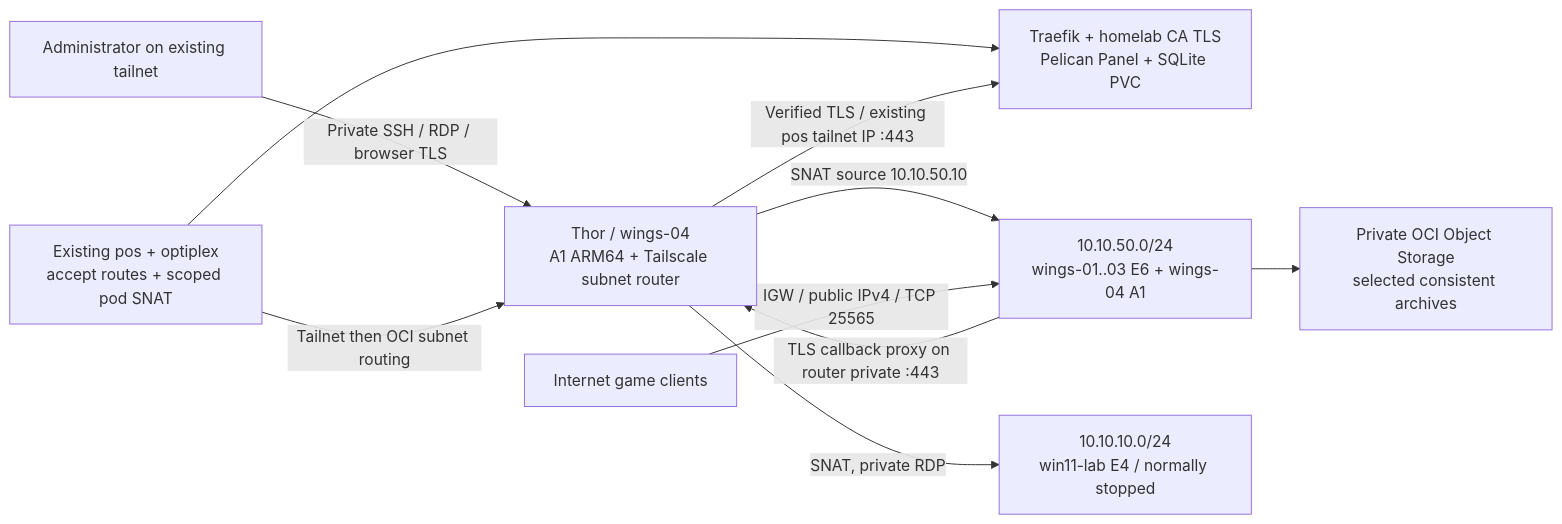
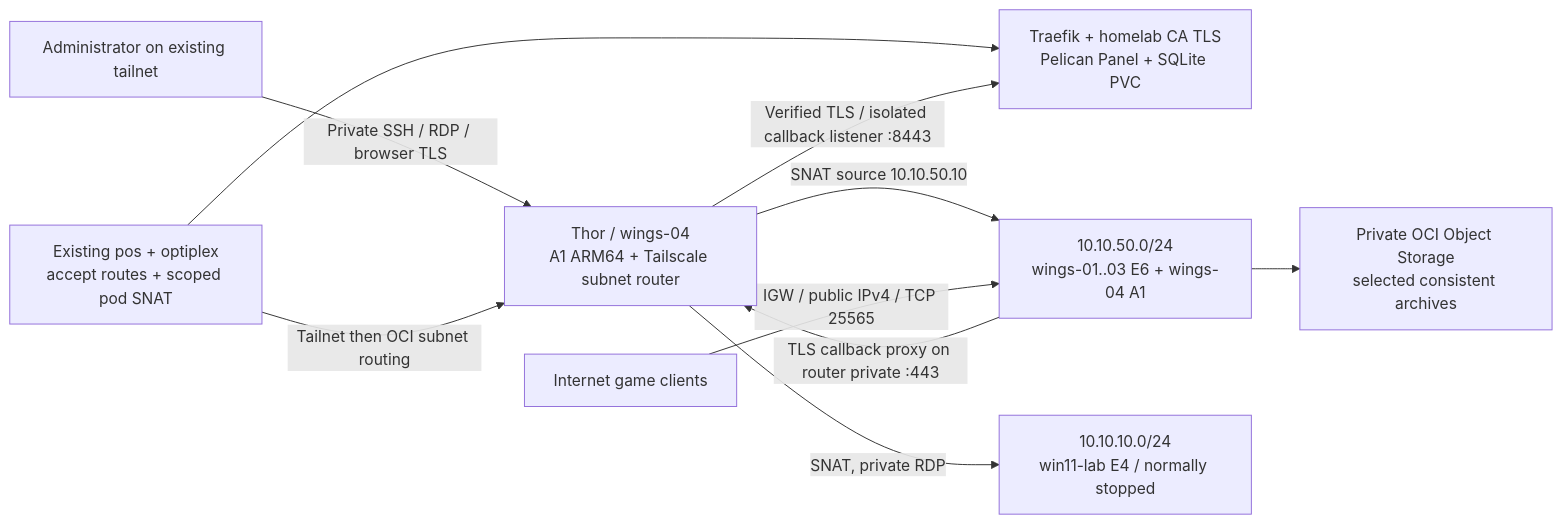
Before and after one commit to AFAskar/homelab: the diagram in oci/docs/architecture.md, drawn with Mermaid. The commit also changed other lines of this file and 6 other files, not shown here.

````diff
--- a/oci/docs/architecture.md
+++ b/oci/docs/architecture.md
@@ -3,12 +3,12 @@
 ```mermaid
 flowchart LR
   Admin[Administrator on existing tailnet] -->|Private SSH / RDP / browser TLS| Router[Thor / wings-04\nA1 ARM64 + Tailscale subnet router]
   K3S[Existing pos + optiplex\naccept routes + scoped pod SNAT] -->|Tailnet then OCI subnet routing| Router
   K3S --> Panel[Traefik + homelab CA TLS\nPelican Panel + SQLite PVC]
   Router -->|SNAT source 10.10.50.10| Wings[10.10.50.0/24\nwings-01..03 E6 + wings-04 A1]
   Router -->|SNAT, private RDP| Win[10.10.10.0/24\nwin11-lab E4 / normally stopped]
   Players[Internet game clients] -->|IGW / public IPv4 / TCP 25565| Wings
   Wings -->|TLS callback proxy on router private :443| Router
-  Router -->|Verified TLS / existing pos tailnet IP :443| Panel
+  Router -->|Verified TLS / isolated callback listener :8443| Panel
   Wings --> Backups[Private OCI Object Storage\nselected consistent archives]
 ```
````
